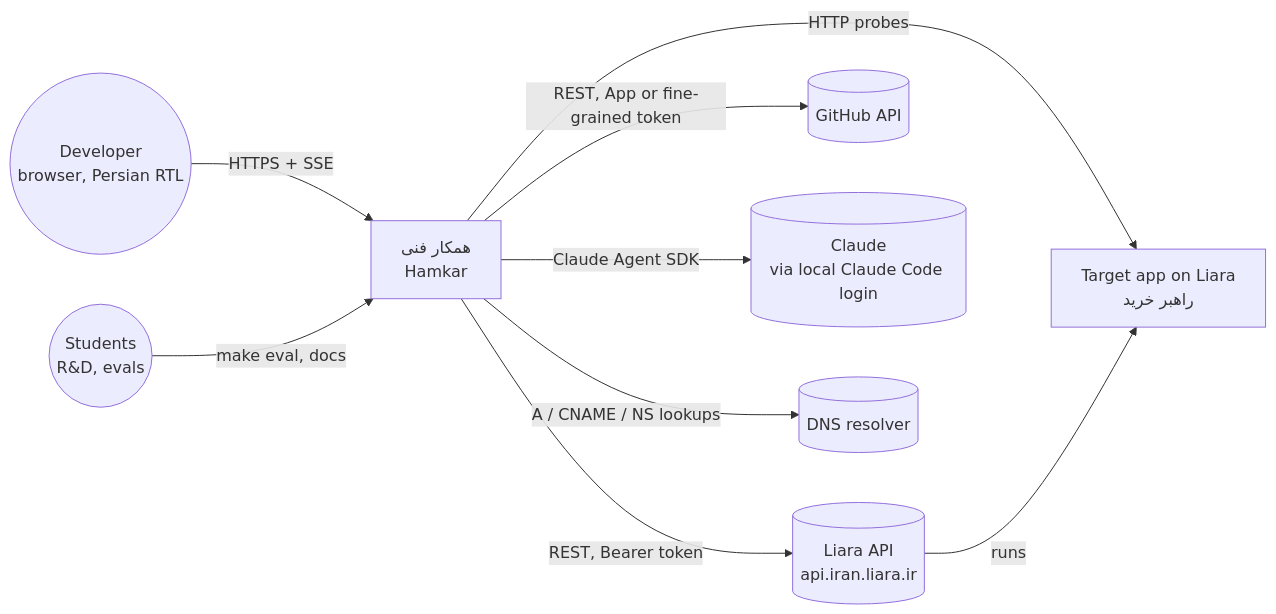
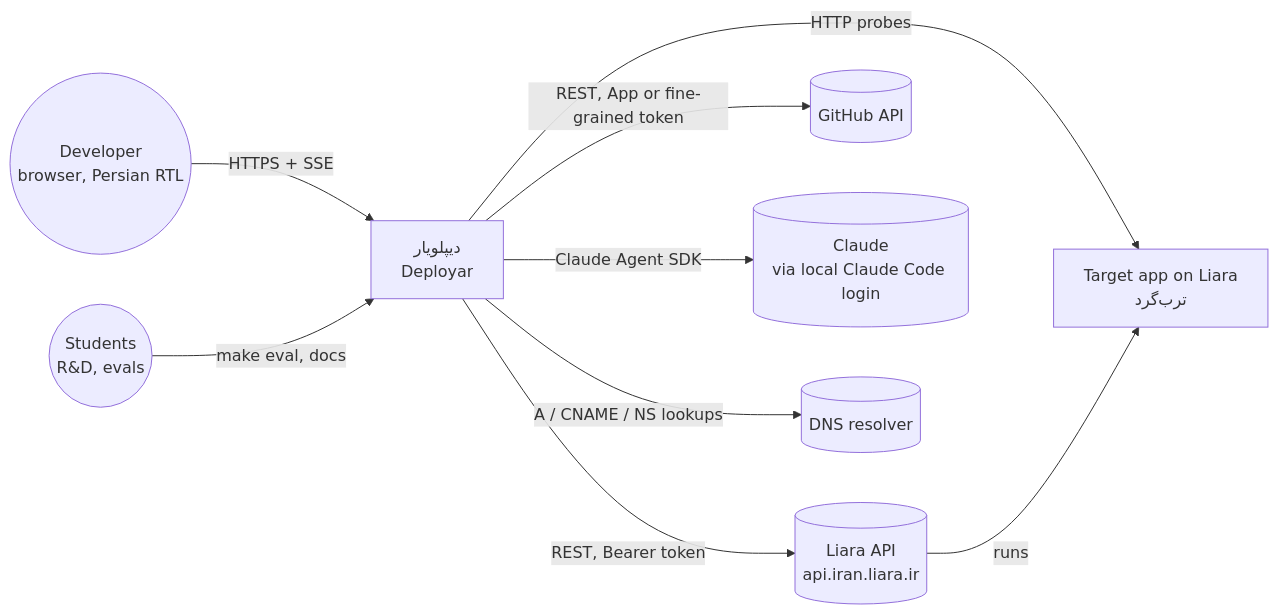
The first of 10 diagrams in docs/ARCHITECTURE.md (amircodington/deployar), drawn with Mermaid before and after one commit. The commit also changed other lines of this file and 33 other files, not shown here.

First line of the commit message:
Rename: product Deployar (دیپلویار), demo app ترب‌گرد (decisions 10, 11)

````diff
--- a/docs/ARCHITECTURE.md
+++ b/docs/ARCHITECTURE.md
@@ -9,11 +9,11 @@
 ```mermaid
 flowchart LR
-  dev(("Developer<br/>browser, Persian RTL")) -->|HTTPS + SSE| sys["همکار فنی<br/>Hamkar"]
+  dev(("Developer<br/>browser, Persian RTL")) -->|HTTPS + SSE| sys["دیپلویار<br/>Deployar"]
   team(("Students<br/>R&D, evals")) -->|make eval, docs| sys
   sys -->|"REST, Bearer token"| liara[("Liara API<br/>api.iran.liara.ir")]
   sys -->|"REST, App or fine-grained token"| gh[("GitHub API")]
   sys -->|"Claude Agent SDK"| claude[("Claude<br/>via local Claude Code login")]
   sys -->|"A / CNAME / NS lookups"| dns[("DNS resolver")]
-  sys -->|"HTTP probes"| app["Target app on Liara<br/>راهبر خرید"]
+  sys -->|"HTTP probes"| app["Target app on Liara<br/>ترب‌گرد"]
   liara -->|runs| app
 ```
````
